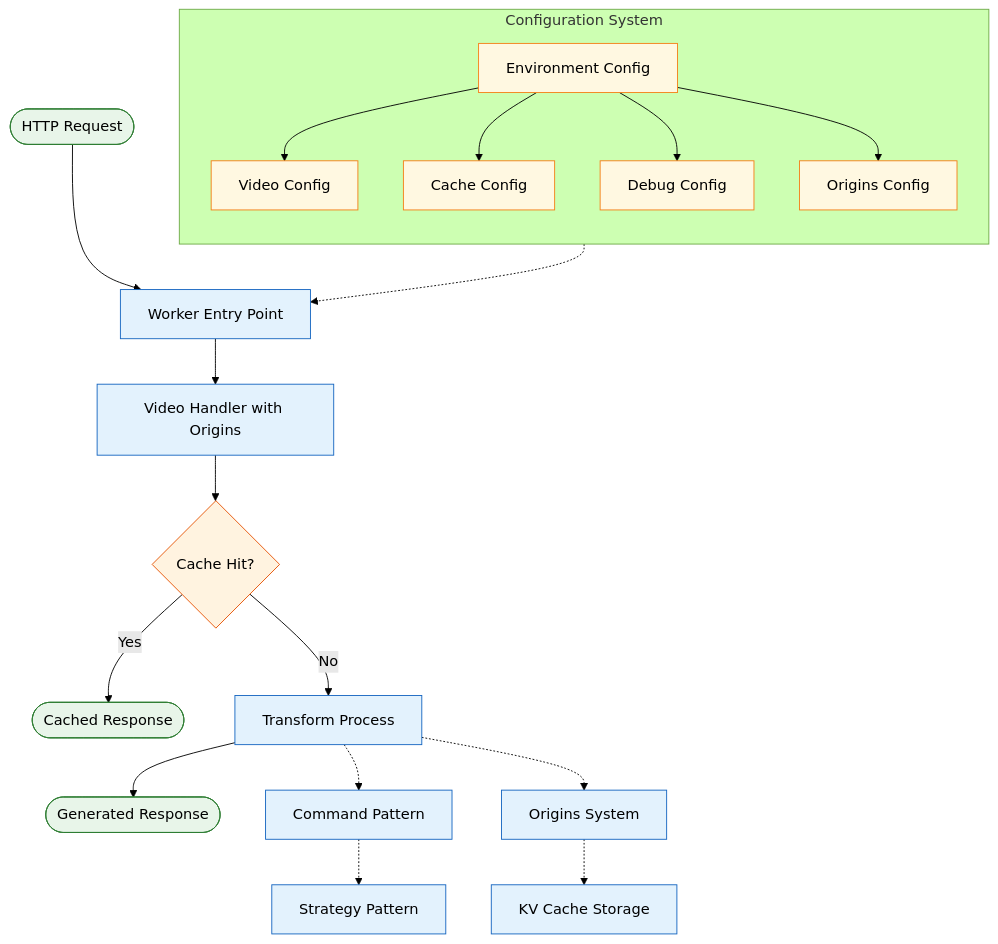
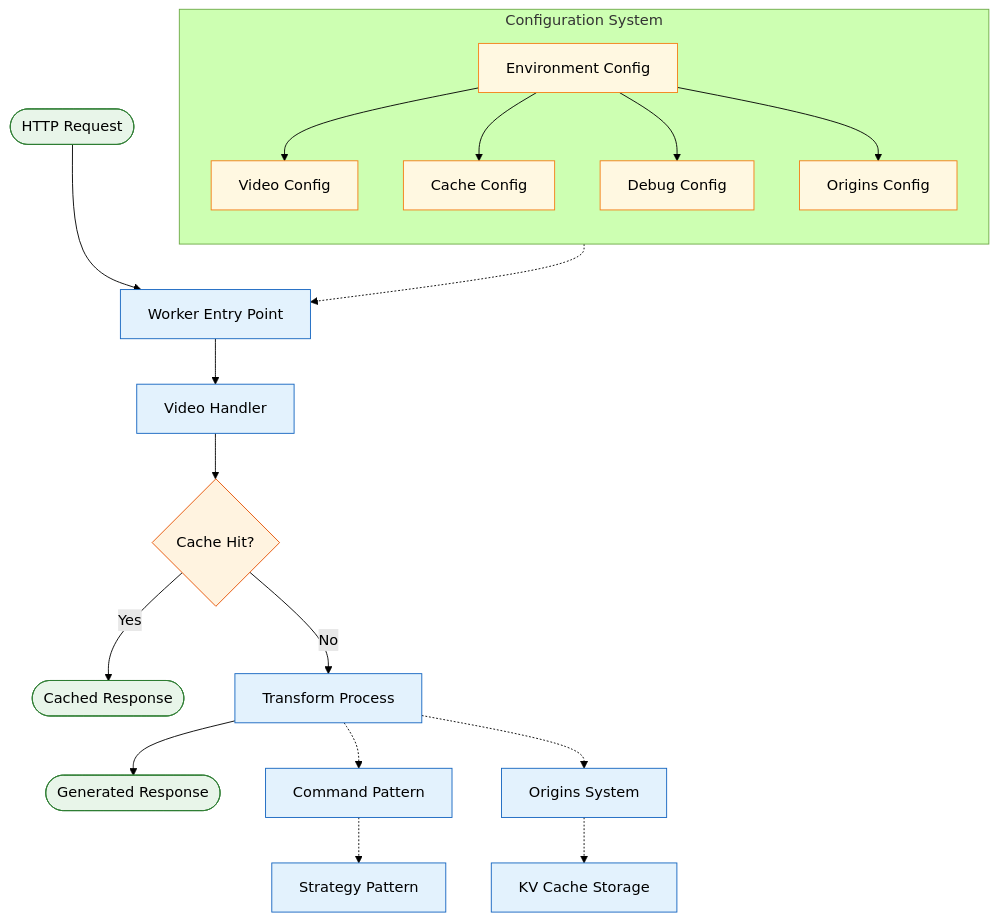
Before and after one commit to erfianugrah/video-resizer: the first of 16 diagrams in README.md, drawn with Mermaid (forest theme). The commit also changed other lines of this file and 26 other files, not shown here.

````diff
--- a/README.md
+++ b/README.md
@@ -60,43 +60,43 @@
 ```mermaid
 flowchart TB
     %% Define node styles with high contrast colors
     classDef request fill:#E8F5E9,stroke:#2E7D32,color:#000000;
     classDef process fill:#E3F2FD,stroke:#1565C0,color:#000000;
     classDef decision fill:#FFF3E0,stroke:#E65100,color:#000000;
     classDef response fill:#E8F5E9,stroke:#2E7D32,color:#000000;
     classDef config fill:#FFF8E1,stroke:#F57F17,color:#000000;
 
     %% Request handling
     A([HTTP Request]) --> B[Worker Entry Point]
-    B --> C[Video Handler with Origins]
+    B --> C[Video Handler]
     C --> D{Cache Hit?}
 
     %% Response paths
     D -->|Yes| E([Cached Response])
     D -->|No| F[Transform Process]
     F --> G([Generated Response])
 
     %% Core components
     F -.-> H[Command Pattern]
     H -.-> I[Strategy Pattern]
     F -.-> J[Origins System]
     J -.-> K[KV Cache Storage]
 
     %% Configuration
     subgraph Config [Configuration System]
     direction TB
     L[Environment Config] --> M[Video Config]
     L --> N[Cache Config]
     L --> O[Debug Config]
     L --> P[Origins Config]
     end
 
     Config -.-> B
 
     %% Apply styles
     class A request
     class B,C,F,H,I,J,K process
     class D decision
     class E,G response
     class L,M,N,O,P config
 ```
````
